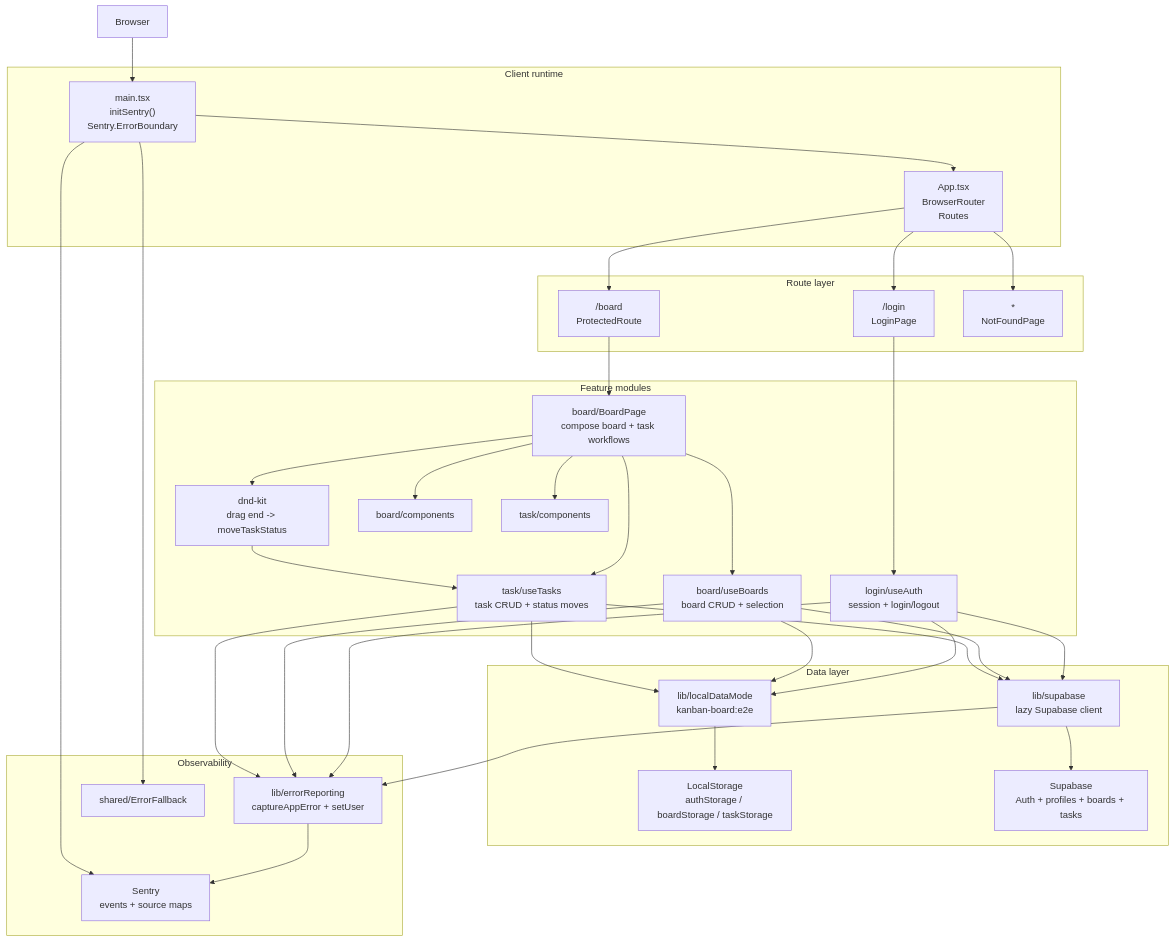
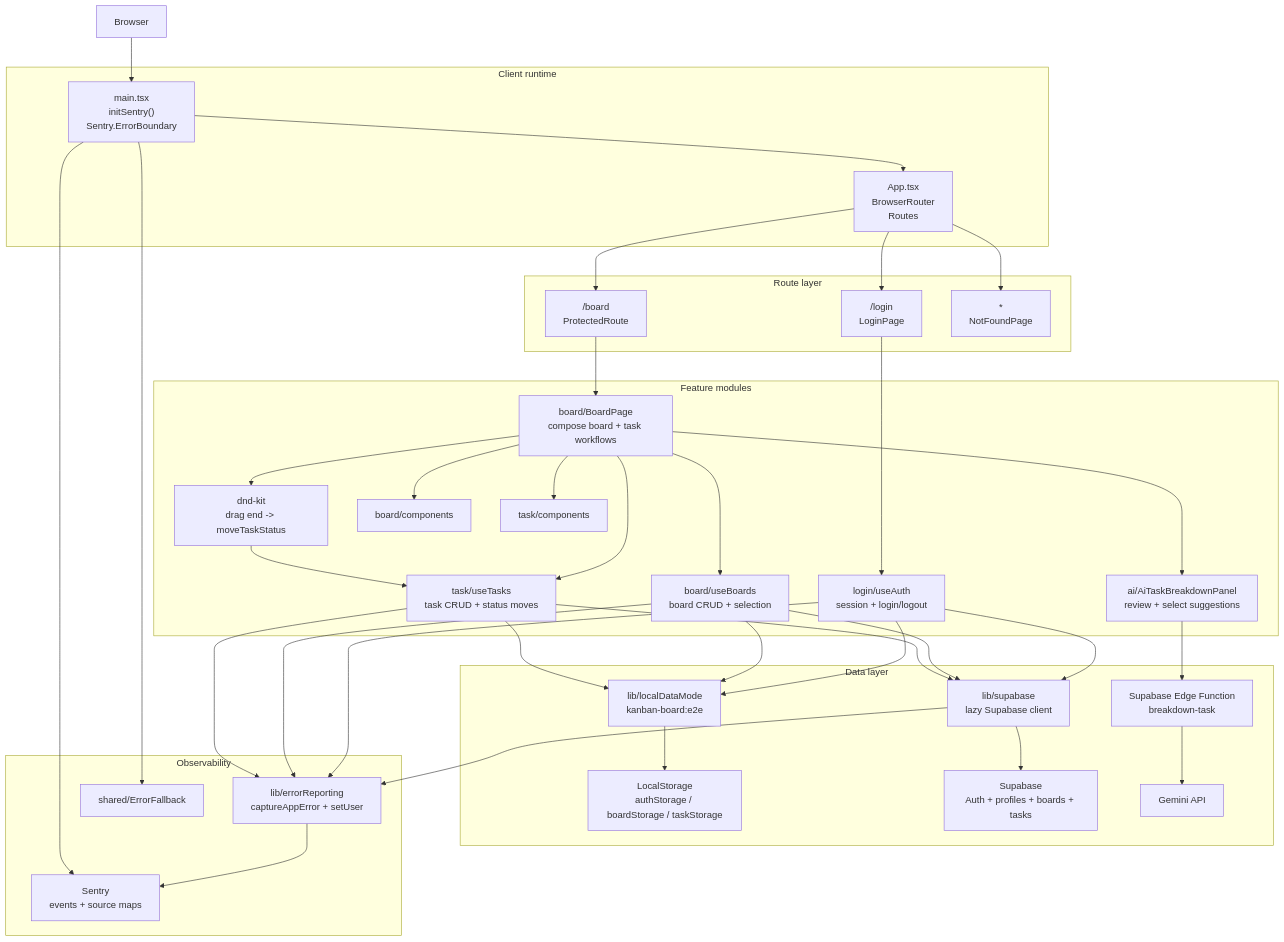
The first of 2 diagrams in README.md (haoshisu/kanban-board), drawn with Mermaid before and after one commit. The commit also changed other lines of this file, not shown here.

````diff
--- a/README.md
+++ b/README.md
@@ -59,66 +62,71 @@
 ```mermaid
 flowchart TB
   Browser["Browser"]
 
   subgraph Runtime["Client runtime"]
     Main["main.tsx<br/>initSentry()<br/>Sentry.ErrorBoundary"]
     App["App.tsx<br/>BrowserRouter<br/>Routes"]
   end
 
   subgraph RouteLayer["Route layer"]
     LoginRoute["/login<br/>LoginPage"]
     BoardRoute["/board<br/>ProtectedRoute"]
     NotFoundRoute["*<br/>NotFoundPage"]
   end
 
   subgraph FeatureLayer["Feature modules"]
     AuthHook["login/useAuth<br/>session + login/logout"]
     BoardPage["board/BoardPage<br/>compose board + task workflows"]
     BoardHook["board/useBoards<br/>board CRUD + selection"]
     TaskHook["task/useTasks<br/>task CRUD + status moves"]
     Dnd["dnd-kit<br/>drag end -> moveTaskStatus"]
     BoardComponents["board/components"]
     TaskComponents["task/components"]
+    AiBreakdown["ai/AiTaskBreakdownPanel<br/>review + select suggestions"]
   end
 
   subgraph DataLayer["Data layer"]
     SupabaseClient["lib/supabase<br/>lazy Supabase client"]
     LocalMode["lib/localDataMode<br/>kanban-board:e2e"]
     LocalStorage["LocalStorage<br/>authStorage / boardStorage / taskStorage"]
     Supabase["Supabase<br/>Auth + profiles + boards + tasks"]
+    EdgeFunction["Supabase Edge Function<br/>breakdown-task"]
+    Gemini["Gemini API"]
   end
 
   subgraph ObservabilityLayer["Observability"]
     ErrorReporting["lib/errorReporting<br/>captureAppError + setUser"]
     Sentry["Sentry<br/>events + source maps"]
     ErrorFallback["shared/ErrorFallback"]
   end
 
   Browser --> Main --> App
   Main --> ErrorFallback
   App --> LoginRoute
   App --> BoardRoute
   App --> NotFoundRoute
   LoginRoute --> AuthHook
   BoardRoute --> BoardPage
   BoardPage --> BoardComponents
   BoardPage --> TaskComponents
   BoardPage --> BoardHook
   BoardPage --> TaskHook
   BoardPage --> Dnd
+  BoardPage --> AiBreakdown
+  AiBreakdown --> EdgeFunction --> Gemini
   Dnd --> TaskHook
   AuthHook --> SupabaseClient
   BoardHook --> SupabaseClient
   TaskHook --> SupabaseClient
   SupabaseClient --> Supabase
   AuthHook --> LocalMode
   BoardHook --> LocalMode
   TaskHook --> LocalMode
   LocalMode --> LocalStorage
   AuthHook --> ErrorReporting
   BoardHook --> ErrorReporting
   TaskHook --> ErrorReporting
   SupabaseClient --> ErrorReporting
   ErrorReporting --> Sentry
   Main --> Sentry
 ```
````
